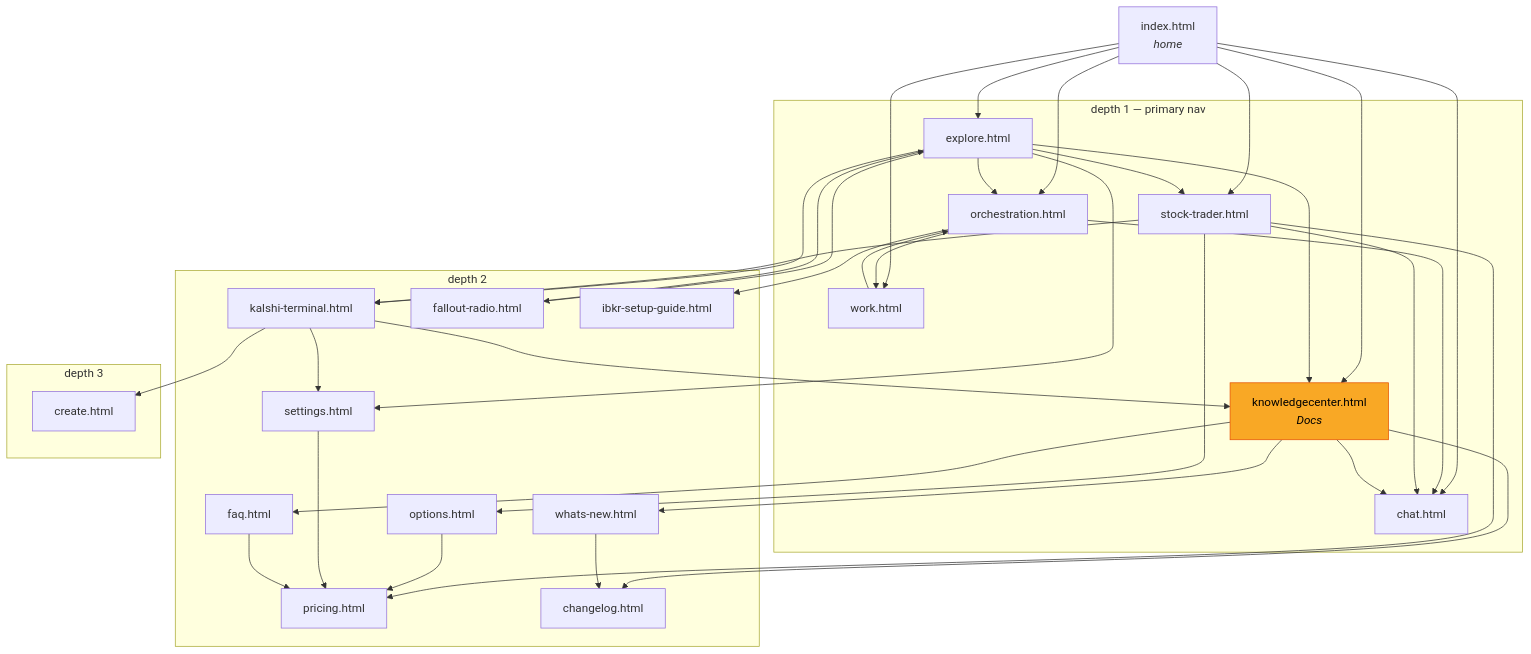
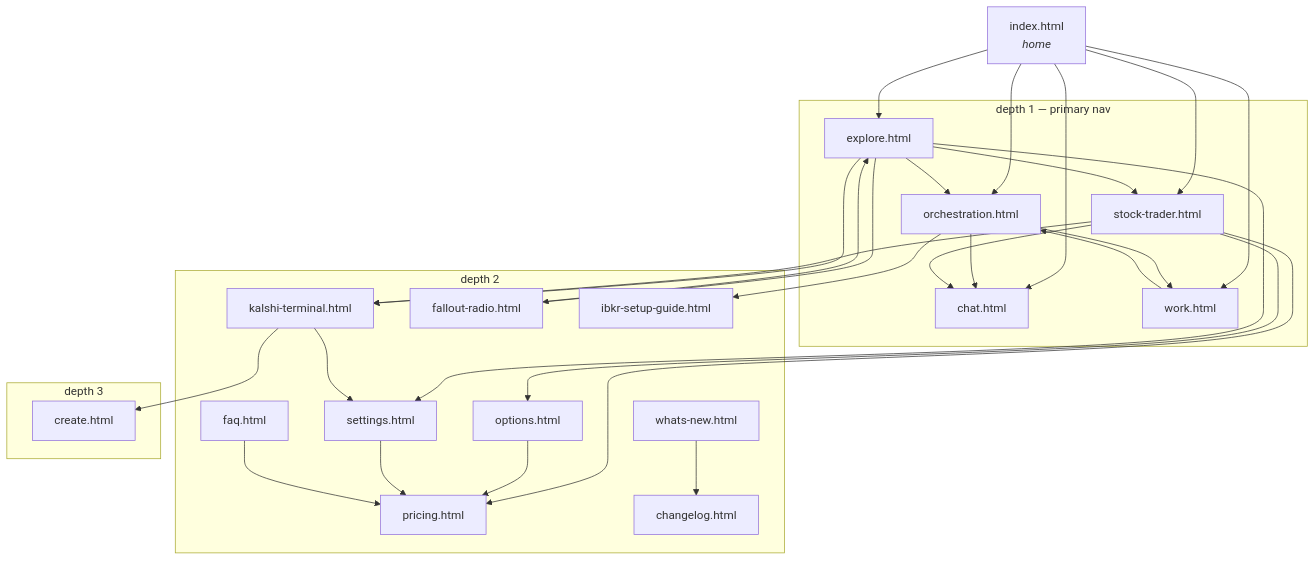
Before and after one commit to alex-place/lantern-os: the diagram in docs/SITEMAP-NAV-MAP.md, drawn with Mermaid. The commit also changed other lines of this file and 272 other files, not shown here.

````diff
--- a/docs/SITEMAP-NAV-MAP.md
+++ b/docs/SITEMAP-NAV-MAP.md
@@ -21,67 +21,57 @@
 ```mermaid
 flowchart TD
   index["index.html<br/><i>home</i>"]
 
   subgraph d1 ["depth 1 — primary nav"]
     chat["chat.html"]
     explore["explore.html"]
     orch["orchestration.html"]
     trader["stock-trader.html"]
     work["work.html"]
-    kc["knowledgecenter.html<br/><i>Docs</i>"]
   end
 
   subgraph d2 ["depth 2"]
     kalshi["kalshi-terminal.html"]
     settings["settings.html"]
     pricing["pricing.html"]
     options["options.html"]
     radio["fallout-radio.html"]
     ibkrGuide["ibkr-setup-guide.html"]
     faq["faq.html"]
     changelog["changelog.html"]
     whatsnew["whats-new.html"]
   end
 
   subgraph d3 ["depth 3"]
     create["create.html"]
   end
 
   index --> chat
   index --> explore
   index --> orch
   index --> trader
   index --> work
-  index --> kc
 
-  explore --> kc
   explore --> kalshi
   explore --> settings
   explore --> radio
   explore --> trader
   explore --> orch
   orch --> work
   orch --> chat
   orch --> ibkrGuide
   work --> orch
   trader --> kalshi
   trader --> options
   trader --> pricing
   trader --> chat
-  kalshi --> kc
   kalshi --> settings
   kalshi --> create
   options --> pricing
   settings --> pricing
   radio --> explore
 
-  kc --> faq
-  kc --> changelog
-  kc --> whatsnew
-  kc --> chat
   faq --> pricing
   whatsnew --> changelog
 
-  classDef kcStyle fill:#f9a825,stroke:#e65100,color:#000
-  class kc kcStyle
 ```
````
